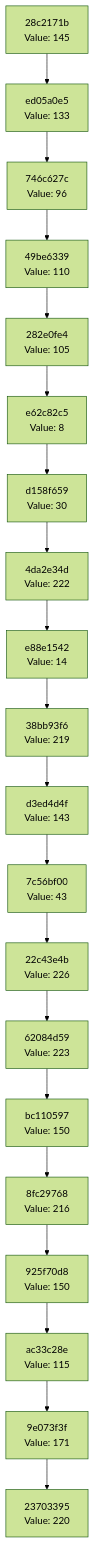
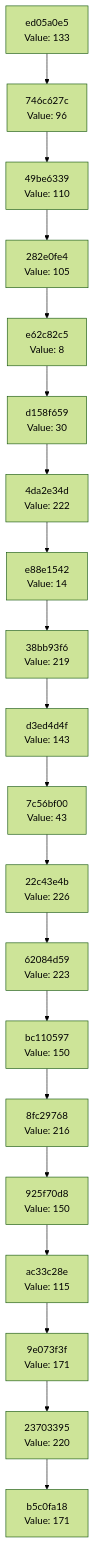
One commit to Abhisheksinha1506/hash-chain-evolver changed the diagram in docs/CHAIN_VISUALIZATION.md. Above: the diagram before and after it, drawn with Mermaid (forest theme). The commit also changed 2 other files, not shown here.

Commit message:
Evolution step: hash 0xAB → action executed

````diff
--- a/docs/CHAIN_VISUALIZATION.md
+++ b/docs/CHAIN_VISUALIZATION.md
@@ -3,42 +3,42 @@
 ```mermaid
 graph TD
-    C0["23703395<br/>Value: 220"]
-    C1["9e073f3f<br/>Value: 171"]
+    C0["b5c0fa18<br/>Value: 171"]
+    C1["23703395<br/>Value: 220"]
     C1 --> C0
-    C2["ac33c28e<br/>Value: 115"]
+    C2["9e073f3f<br/>Value: 171"]
     C2 --> C1
-    C3["925f70d8<br/>Value: 150"]
+    C3["ac33c28e<br/>Value: 115"]
     C3 --> C2
-    C4["8fc29768<br/>Value: 216"]
+    C4["925f70d8<br/>Value: 150"]
     C4 --> C3
-    C5["bc110597<br/>Value: 150"]
+    C5["8fc29768<br/>Value: 216"]
     C5 --> C4
-    C6["62084d59<br/>Value: 223"]
+    C6["bc110597<br/>Value: 150"]
     C6 --> C5
-    C7["22c43e4b<br/>Value: 226"]
+    C7["62084d59<br/>Value: 223"]
     C7 --> C6
-    C8["7c56bf00<br/>Value: 43"]
+    C8["22c43e4b<br/>Value: 226"]
     C8 --> C7
-    C9["d3ed4d4f<br/>Value: 143"]
+    C9["7c56bf00<br/>Value: 43"]
     C9 --> C8
-    C10["38bb93f6<br/>Value: 219"]
+    C10["d3ed4d4f<br/>Value: 143"]
     C10 --> C9
-    C11["e88e1542<br/>Value: 14"]
+    C11["38bb93f6<br/>Value: 219"]
     C11 --> C10
-    C12["4da2e34d<br/>Value: 222"]
+    C12["e88e1542<br/>Value: 14"]
     C12 --> C11
-    C13["d158f659<br/>Value: 30"]
+    C13["4da2e34d<br/>Value: 222"]
     C13 --> C12
-    C14["e62c82c5<br/>Value: 8"]
+    C14["d158f659<br/>Value: 30"]
     C14 --> C13
-    C15["282e0fe4<br/>Value: 105"]
+    C15["e62c82c5<br/>Value: 8"]
     C15 --> C14
-    C16["49be6339<br/>Value: 110"]
+    C16["282e0fe4<br/>Value: 105"]
     C16 --> C15
-    C17["746c627c<br/>Value: 96"]
+    C17["49be6339<br/>Value: 110"]
     C17 --> C16
-    C18["ed05a0e5<br/>Value: 133"]
+    C18["746c627c<br/>Value: 96"]
     C18 --> C17
-    C19["28c2171b<br/>Value: 145"]
+    C19["ed05a0e5<br/>Value: 133"]
     C19 --> C18
 ```
````
